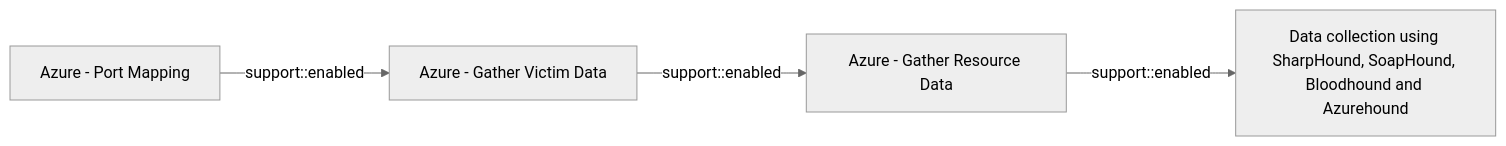
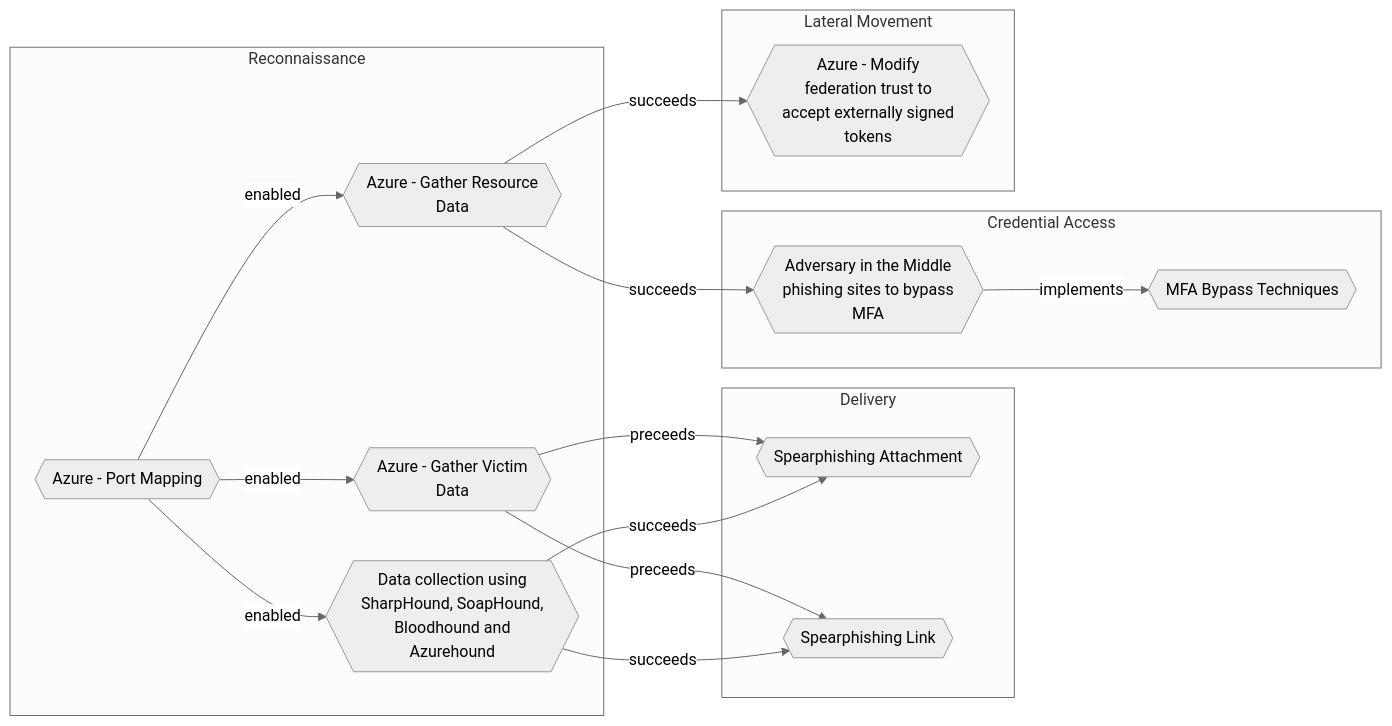
One commit to opentidehq/library changed the diagram in docs/threats/azure-port-mapping.md. Above: the diagram before and after it, drawn with Mermaid (neutral theme). The commit also changed other lines of this file and 540 other files, not shown here.

````diff
--- a/docs/threats/azure-port-mapping.md
+++ b/docs/threats/azure-port-mapping.md
@@ -82,10 +95,30 @@
 ```mermaid
 flowchart LR
-394dde97_4a8c_4b6a_8f8b_c6bf18a7a87f["Azure - Port Mapping"]
-4e7eae8e_6615_41f2_bfe1_21a04f7a6088["Azure - Gather Victim Data"]
-b1593e0b_1b3b_462d_9ab6_21d1c136469d["Azure - Gather Resource Data"]
-53063205_4404_4e6d_a2f5_d566c6085d96["Data collection using SharpHound, SoapHound, Bloodhound and Azurehound"]
-394dde97_4a8c_4b6a_8f8b_c6bf18a7a87f -->|support::enabled| 4e7eae8e_6615_41f2_bfe1_21a04f7a6088
-4e7eae8e_6615_41f2_bfe1_21a04f7a6088 -->|support::enabled| b1593e0b_1b3b_462d_9ab6_21d1c136469d
-b1593e0b_1b3b_462d_9ab6_21d1c136469d -->|support::enabled| 53063205_4404_4e6d_a2f5_d566c6085d96
+subgraph "Reconnaissance"
+394dde97_4a8c_4b6a_8f8b_c6bf18a7a87f{{"Azure - Port Mapping"}}
+4e7eae8e_6615_41f2_bfe1_21a04f7a6088{{"Azure - Gather Victim<br>Data"}}
+b1593e0b_1b3b_462d_9ab6_21d1c136469d{{"Azure - Gather Resource<br>Data"}}
+53063205_4404_4e6d_a2f5_d566c6085d96{{"Data collection using<br>SharpHound, SoapHound,<br>Bloodhound and<br>Azurehound"}}
+end
+subgraph "Delivery"
+dd5d942c_bac4_4000_b9a6_ca4fef6cfb84{{"Spearphishing Attachment"}}
+1a68b5eb_0112_424d_a21f_88dda0b6b8df{{"Spearphishing Link"}}
+end
+subgraph "Credential Access"
+66aafb61_9a46_4287_8b40_4785b42b77a3{{"Adversary in the Middle<br>phishing sites to bypass<br>MFA"}}
+4a807ac4_f764_41b1_ae6f_94239041d349{{"MFA Bypass Techniques"}}
+end
+subgraph "Lateral Movement"
+9bb31c65_8abd_48fc_afe3_8aca76109737{{"Azure - Modify<br>federation trust to<br>accept externally signed<br>tokens"}}
+end
+394dde97_4a8c_4b6a_8f8b_c6bf18a7a87f -->|enabled| 4e7eae8e_6615_41f2_bfe1_21a04f7a6088
+394dde97_4a8c_4b6a_8f8b_c6bf18a7a87f -->|enabled| b1593e0b_1b3b_462d_9ab6_21d1c136469d
+394dde97_4a8c_4b6a_8f8b_c6bf18a7a87f -->|enabled| 53063205_4404_4e6d_a2f5_d566c6085d96
+4e7eae8e_6615_41f2_bfe1_21a04f7a6088 -->|preceeds| dd5d942c_bac4_4000_b9a6_ca4fef6cfb84
+4e7eae8e_6615_41f2_bfe1_21a04f7a6088 -->|preceeds| 1a68b5eb_0112_424d_a21f_88dda0b6b8df
+b1593e0b_1b3b_462d_9ab6_21d1c136469d -->|succeeds| 66aafb61_9a46_4287_8b40_4785b42b77a3
+b1593e0b_1b3b_462d_9ab6_21d1c136469d -->|succeeds| 9bb31c65_8abd_48fc_afe3_8aca76109737
+66aafb61_9a46_4287_8b40_4785b42b77a3 -->|implements| 4a807ac4_f764_41b1_ae6f_94239041d349
+53063205_4404_4e6d_a2f5_d566c6085d96 -->|succeeds| 1a68b5eb_0112_424d_a21f_88dda0b6b8df
+53063205_4404_4e6d_a2f5_d566c6085d96 -->|succeeds| dd5d942c_bac4_4000_b9a6_ca4fef6cfb84
 ```
````
